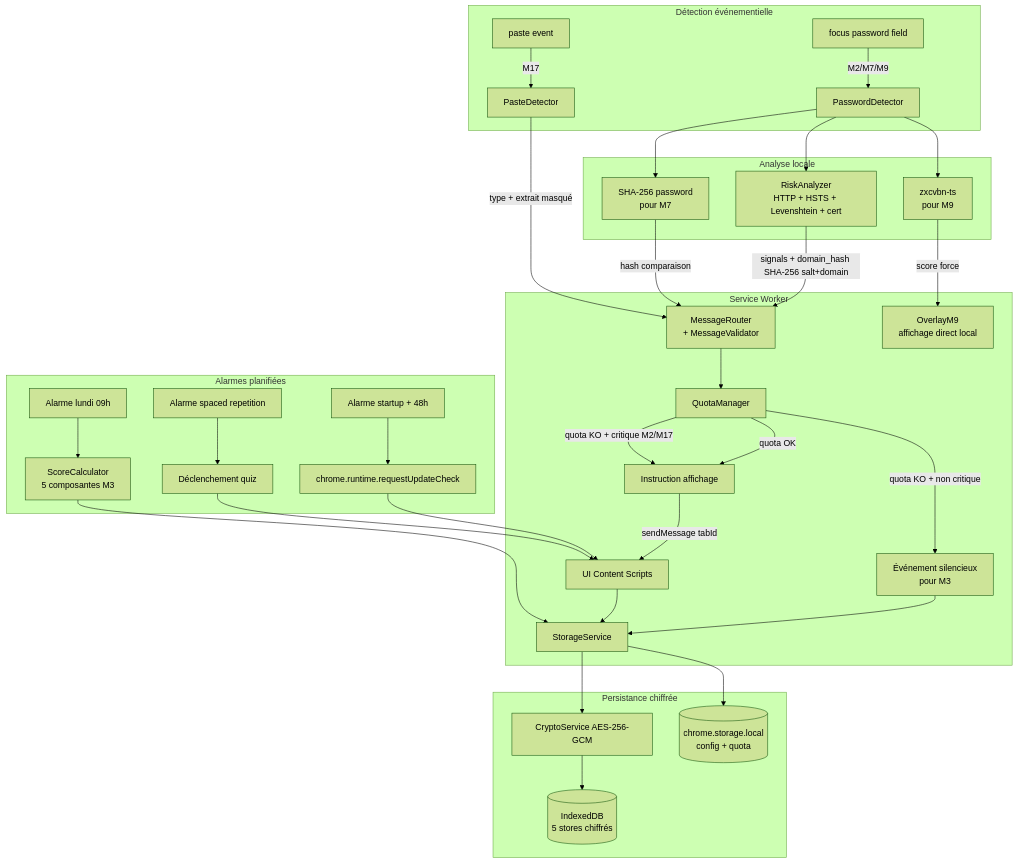
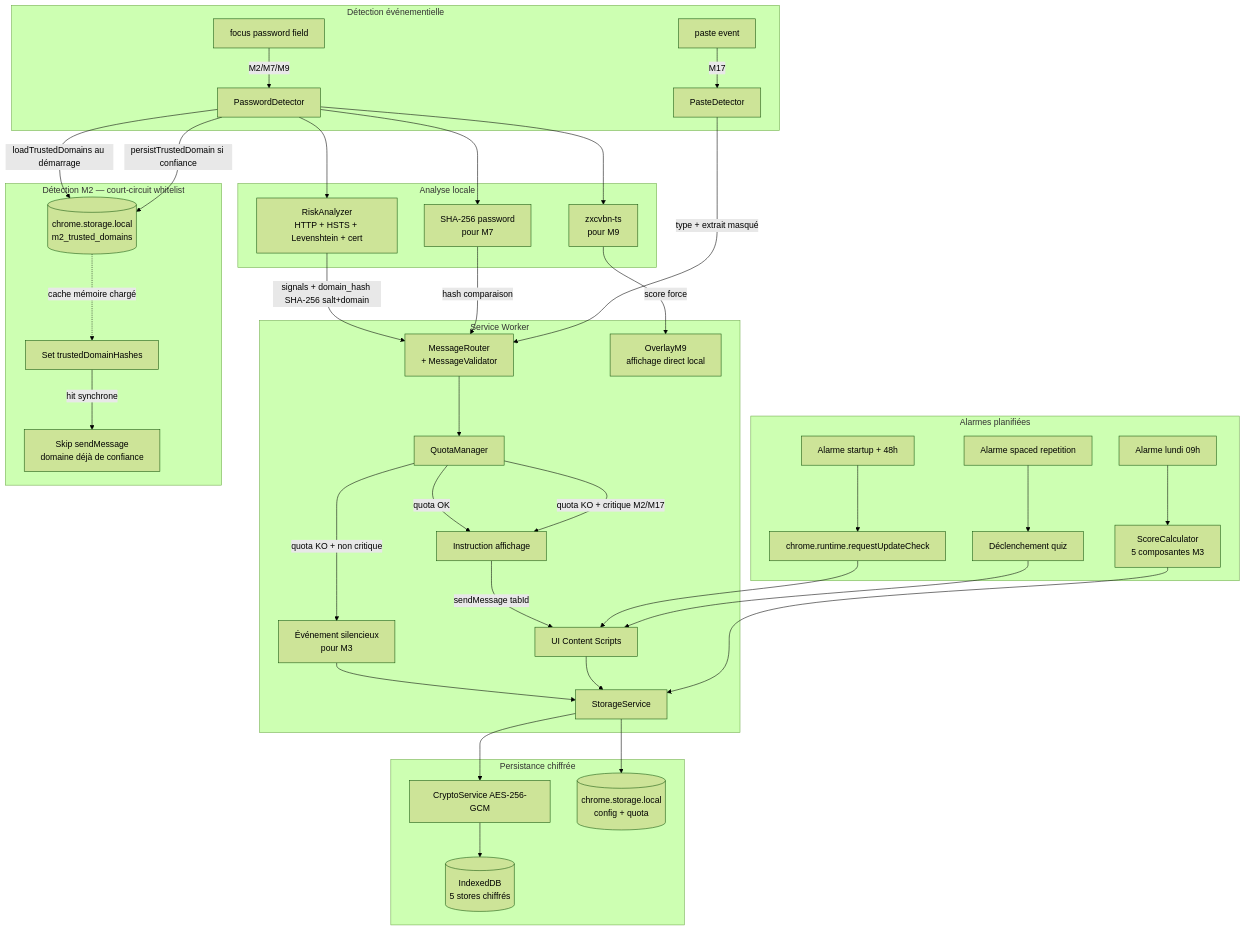
One commit to antonyblain/sentinel-nudge changed the fourth of 7 diagrams in docs/p3-architecture/p3-dat-v1.1.md. Above: the diagram before and after it, drawn with Mermaid (forest theme). The commit also changed other lines of this file and 2 other files, not shown here.

First line of the commit message:
docs: DAT v1.2 — fusion addendum whitelist M2 triple couche

````diff
--- a/docs/p3-architecture/p3-dat-v1.1.md
+++ b/docs/p3-architecture/p3-dat-v1.1.md
@@ -593,44 +596,51 @@
 ```mermaid
 flowchart TD
     subgraph "Détection événementielle"
         E1[focus password field] -->|M2/M7/M9| CS_PWD[PasswordDetector]
         E2[paste event] -->|M17| CS_PASTE[PasteDetector]
     end
 
     subgraph "Analyse locale"
         CS_PWD --> RISK[RiskAnalyzer\nHTTP + HSTS + Levenshtein + cert]
         CS_PWD --> HASH[SHA-256 password\npour M7]
         CS_PWD --> ZXCVBN[zxcvbn-ts\npour M9]
     end
 
     subgraph "Service Worker"
         RISK -->|signals + domain_hash SHA-256 salt+domain| SW[MessageRouter\n+ MessageValidator]
         HASH -->|hash comparaison| SW
         ZXCVBN -->|score force| CS_UI_M9[OverlayM9\naffichage direct local]
         CS_PASTE -->|type + extrait masqué| SW
 
         SW --> QM[QuotaManager]
         QM -->|quota OK| SHOW[Instruction affichage]
         QM -->|quota KO + non critique| SILENT[Événement silencieux\npour M3]
         QM -->|quota KO + critique M2/M17| SHOW
 
         SHOW -->|sendMessage tabId| CS_UI[UI Content Scripts]
         SILENT --> STORE[StorageService]
         CS_UI --> STORE
     end
 
     subgraph "Alarmes planifiées"
         ALM_M3[Alarme lundi 09h] --> SCORE_CALC[ScoreCalculator\n5 composantes M3]
         ALM_M5[Alarme startup + 48h] --> M5_CHECK[chrome.runtime.requestUpdateCheck]
         ALM_M6[Alarme spaced repetition] --> M6_TRIGGER[Déclenchement quiz]
         SCORE_CALC --> STORE
         M5_CHECK --> CS_UI
         M6_TRIGGER --> CS_UI
     end
 
     subgraph "Persistance chiffrée"
         STORE --> CRYPTO[CryptoService AES-256-GCM]
         CRYPTO --> IDB[(IndexedDB\n5 stores chiffrés)]
         STORE --> CSL[(chrome.storage.local\nconfig + quota)]
     end
+
+    subgraph "Détection M2 — court-circuit whitelist"
+        CS_PWD -->|loadTrustedDomains au démarrage| CSL_WL[(chrome.storage.local\nm2_trusted_domains)]
+        CS_PWD -->|persistTrustedDomain si confiance| CSL_WL
+        CSL_WL -.->|cache mémoire chargé| CACHE[Set trustedDomainHashes]
+        CACHE -->|hit synchrone| SKIP_MSG[Skip sendMessage\ndomaine déjà de confiance]
+    end
 ```
````
